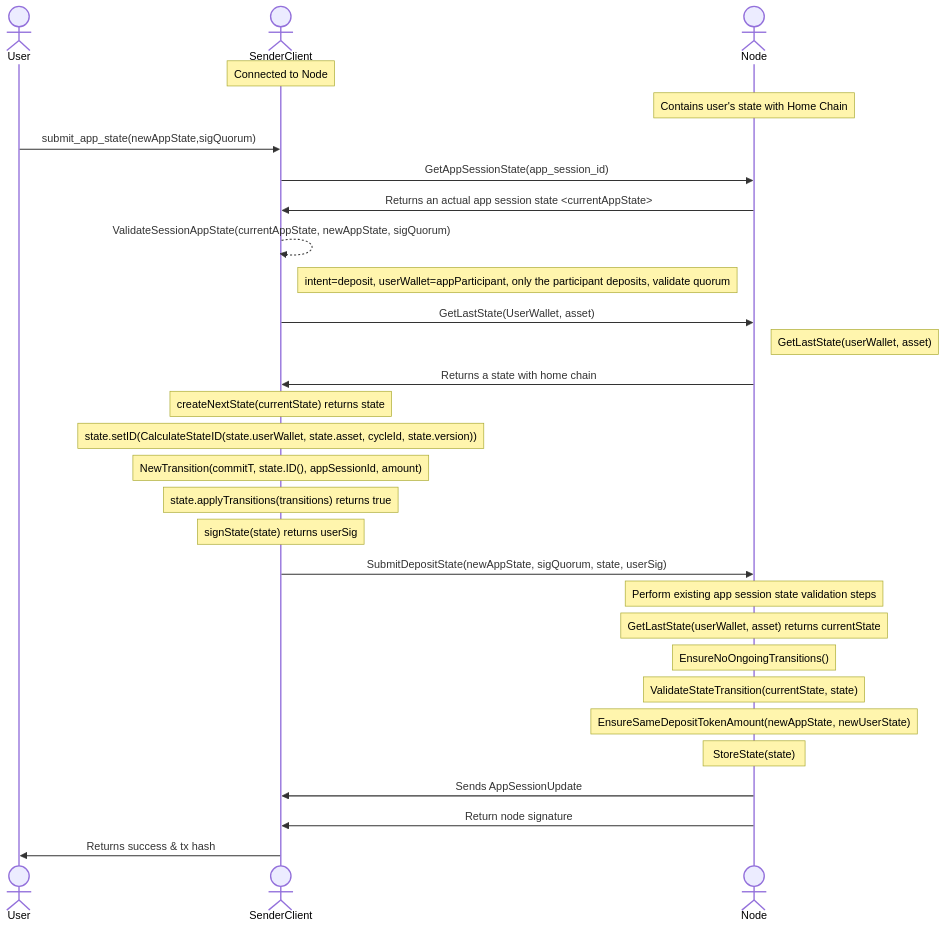
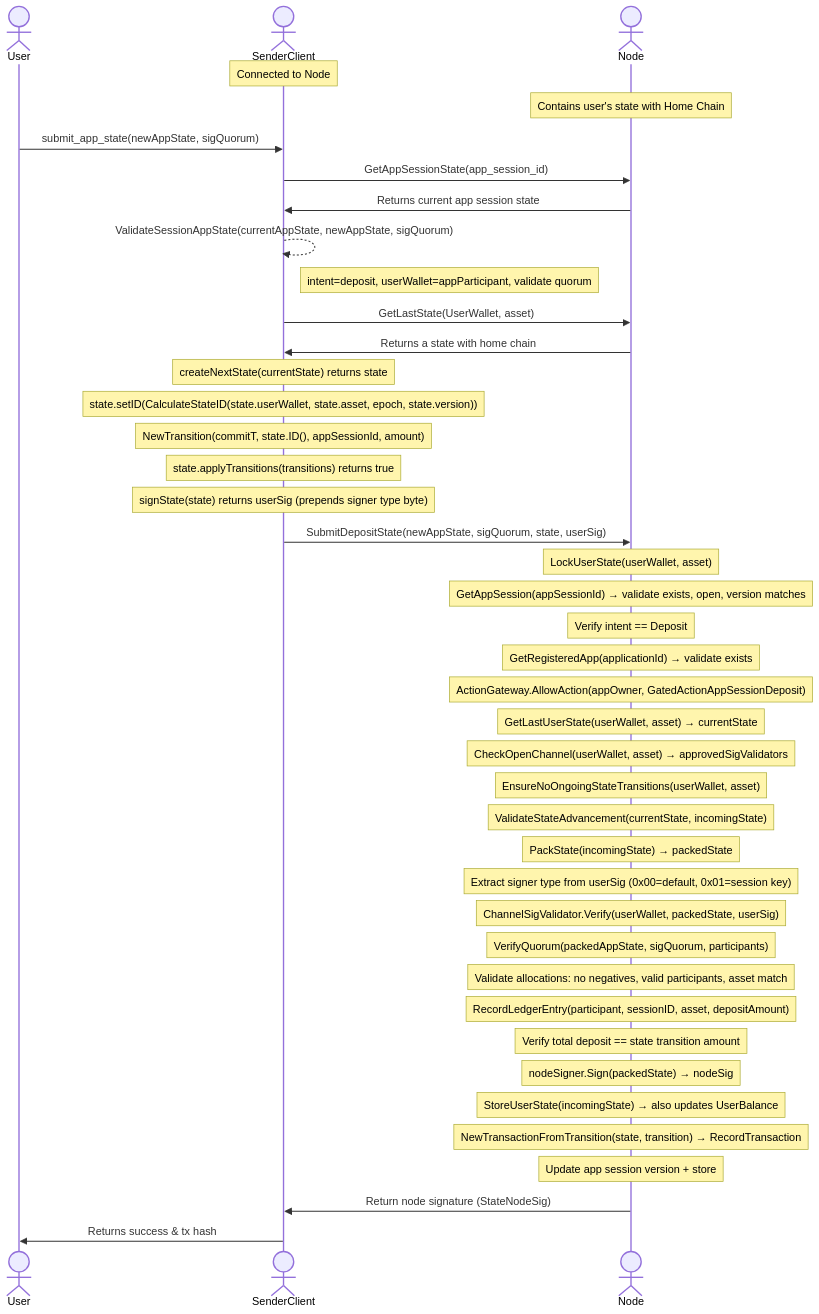
Before and after one commit to erc7824/nitrolite: the diagram in docs/communication_flows/app_session_deposit.mmd, drawn with Mermaid. The commit also changed 9 other files, not shown here.

First line of the commit message:
YNU-829: Update Data Models and Communication Flows diagrams (#616)

```diff
--- a/docs/communication_flows/app_session_deposit.mmd
+++ b/docs/communication_flows/app_session_deposit.mmd
@@ -1,50 +1,49 @@
 sequenceDiagram
         actor User
         actor SenderClient
         actor Node
-        
+
         Note over SenderClient: Connected to Node
-        Note over Node: Contains user's state with Home Chain 
+        Note over Node: Contains user's state with Home Chain
 
-        %% {
-        %%         newAppState {
-        %%                 app_session_id: appSessionId as Hex,
-        %%                 intentDeposit,
-        %%                 version,
-        %%                 allocations,
-        %%                 session_data: JSON.stringify(sessionData),
-        %%         }
-        %%         sigQuorum: []
-        %%         NewUserState
-        %% }
-
-        User->>SenderClient: submit_app_state(newAppState,sigQuorum)
+        User->>SenderClient: submit_app_state(newAppState, sigQuorum)
 
         SenderClient->>Node: GetAppSessionState(app_session_id)
-        Node->>SenderClient: Returns an actual app session state <currentAppState>
+        Node->>SenderClient: Returns current app session state
 
         SenderClient-->>SenderClient: ValidateSessionAppState(currentAppState, newAppState, sigQuorum)
-        Note right of SenderClient: intent=deposit, userWallet=appParticipant, only the participant deposits, validate quorum
+        Note right of SenderClient: intent=deposit, userWallet=appParticipant, validate quorum
 
         SenderClient->>Node: GetLastState(UserWallet, asset)
-        Note right of Node: GetLastState(userWallet, asset)
         Node->>SenderClient: Returns a state with home chain
-        %% Note over SenderClient: Check current state transitions
         Note over SenderClient: createNextState(currentState) returns state
-        Note over SenderClient: state.setID(CalculateStateID(state.userWallet, state.asset, cycleId, state.version))
+        Note over SenderClient: state.setID(CalculateStateID(state.userWallet, state.asset, epoch, state.version))
         Note over SenderClient: NewTransition(commitT, state.ID(), appSessionId, amount)
         Note over SenderClient: state.applyTransitions(transitions) returns true
-        Note over SenderClient: signState(state) returns userSig
+        Note over SenderClient: signState(state) returns userSig (prepends signer type byte)
 
         SenderClient->>Node: SubmitDepositState(newAppState, sigQuorum, state, userSig)
 
-        Note over Node: Perform existing app session state validation steps
-        Note over Node: GetLastState(userWallet, asset) returns currentState
-        Note over Node: EnsureNoOngoingTransitions()
-        Note over Node: ValidateStateTransition(currentState, state)
-        Note over Node: EnsureSameDepositTokenAmount(newAppState, newUserState)
-        Note over Node: StoreState(state)
+        Note over Node: LockUserState(userWallet, asset)
+        Note over Node: GetAppSession(appSessionId) → validate exists, open, version matches
+        Note over Node: Verify intent == Deposit
+        Note over Node: GetRegisteredApp(applicationId) → validate exists
+        Note over Node: ActionGateway.AllowAction(appOwner, GatedActionAppSessionDeposit)
+        Note over Node: GetLastUserState(userWallet, asset) → currentState
+        Note over Node: CheckOpenChannel(userWallet, asset) → approvedSigValidators
+        Note over Node: EnsureNoOngoingStateTransitions(userWallet, asset)
+        Note over Node: ValidateStateAdvancement(currentState, incomingState)
+        Note over Node: PackState(incomingState) → packedState
+        Note over Node: Extract signer type from userSig (0x00=default, 0x01=session key)
+        Note over Node: ChannelSigValidator.Verify(userWallet, packedState, userSig)
+        Note over Node: VerifyQuorum(packedAppState, sigQuorum, participants)
+        Note over Node: Validate allocations: no negatives, valid participants, asset match
+        Note over Node: RecordLedgerEntry(participant, sessionID, asset, depositAmount)
+        Note over Node: Verify total deposit == state transition amount
+        Note over Node: nodeSigner.Sign(packedState) → nodeSig
+        Note over Node: StoreUserState(incomingState) → also updates UserBalance
+        Note over Node: NewTransactionFromTransition(state, transition) → RecordTransaction
+        Note over Node: Update app session version + store
 
-        Node->>SenderClient: Sends AppSessionUpdate
-        Node->>SenderClient: Return node signature
+        Node->>SenderClient: Return node signature (StateNodeSig)
         SenderClient->>User: Returns success & tx hash
```
